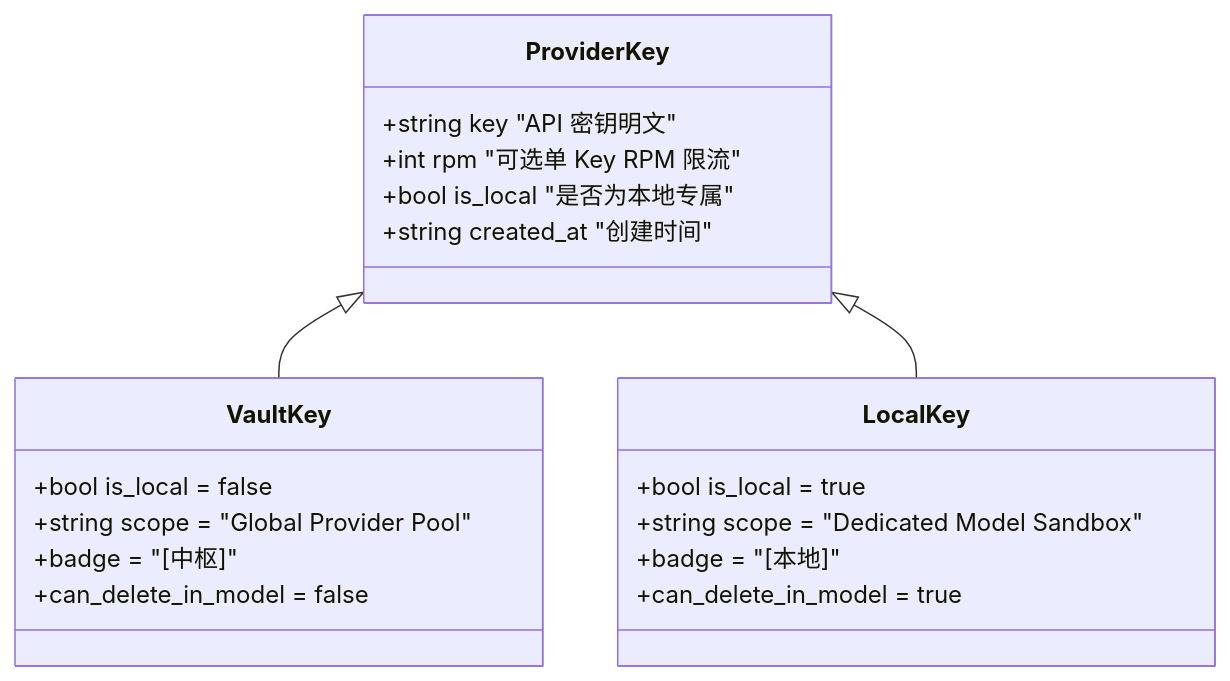
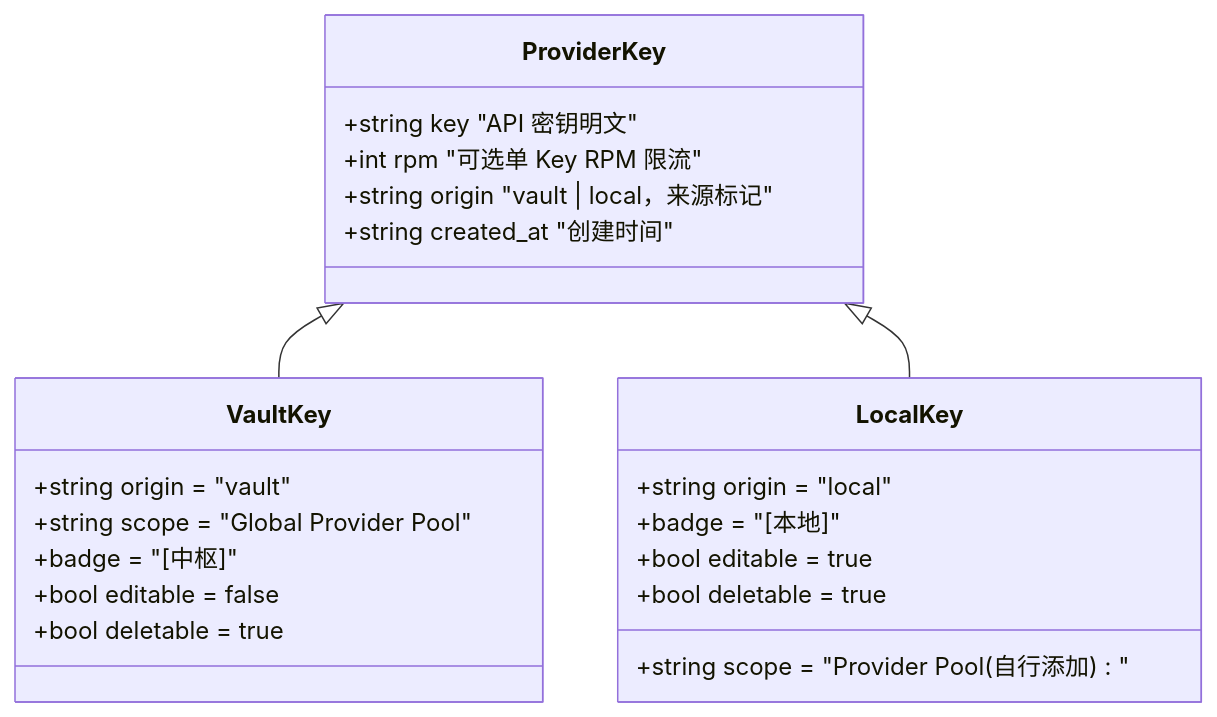
One commit to khc8655/ocrproxy changed the third of 6 diagrams in docs/SYSTEM_DESIGN_SPEC.md. Above: the diagram before and after it, drawn with Mermaid. The commit also changed other lines of this file and 18 other files, not shown here.

````diff
--- a/docs/SYSTEM_DESIGN_SPEC.md
+++ b/docs/SYSTEM_DESIGN_SPEC.md
@@ -147,23 +147,25 @@
 ```mermaid
 classDiagram
     class ProviderKey {
         +string key "API 密钥明文"
         +int rpm "可选单 Key RPM 限流"
-        +bool is_local "是否为本地专属"
+        +string origin "vault | local，来源标记"
         +string created_at "创建时间"
     }
     class VaultKey {
-        +bool is_local = false
+        +string origin = "vault"
         +string scope = "Global Provider Pool"
         +badge = "[中枢]"
-        +can_delete_in_model = false
+        +bool editable = false
+        +bool deletable = true
     }
     class LocalKey {
-        +bool is_local = true
-        +string scope = "Dedicated Model Sandbox"
+        +string origin = "local"
+        +string scope = "Provider Pool (自行添加)"
         +badge = "[本地]"
-        +can_delete_in_model = true
+        +bool editable = true
+        +bool deletable = true
     }
     ProviderKey <|-- VaultKey
     ProviderKey <|-- LocalKey
 ```
````
